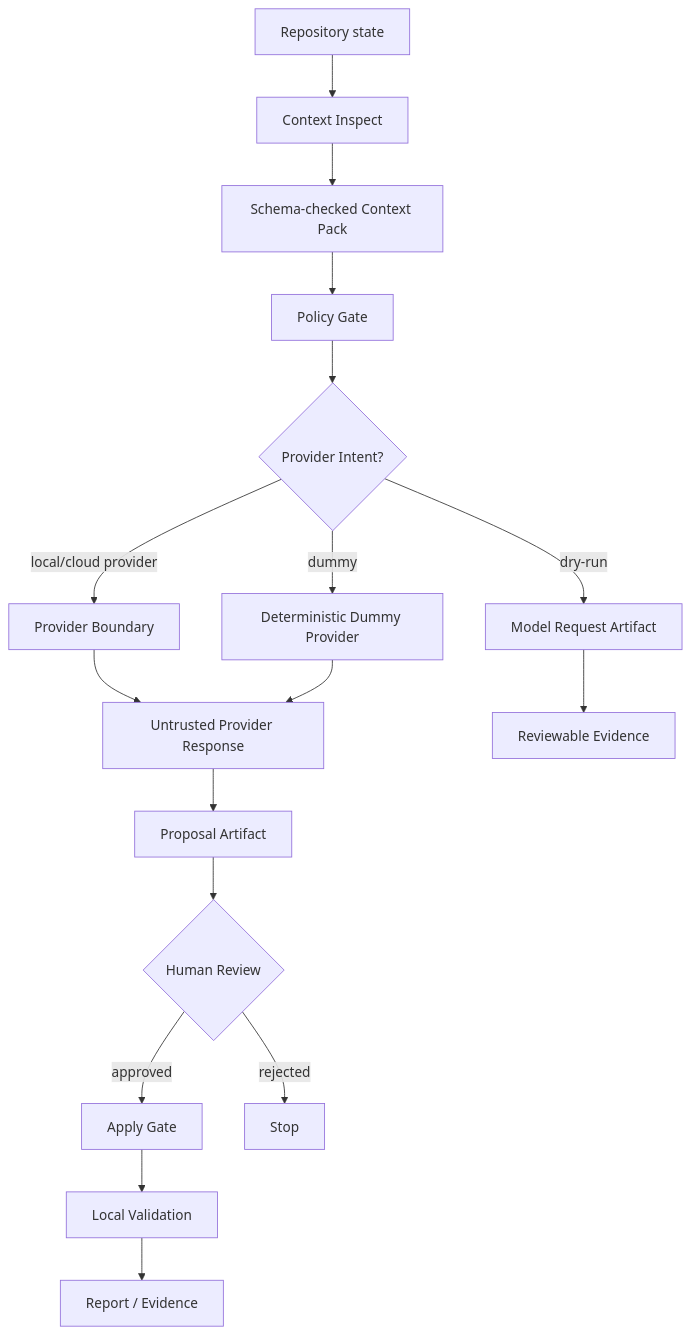
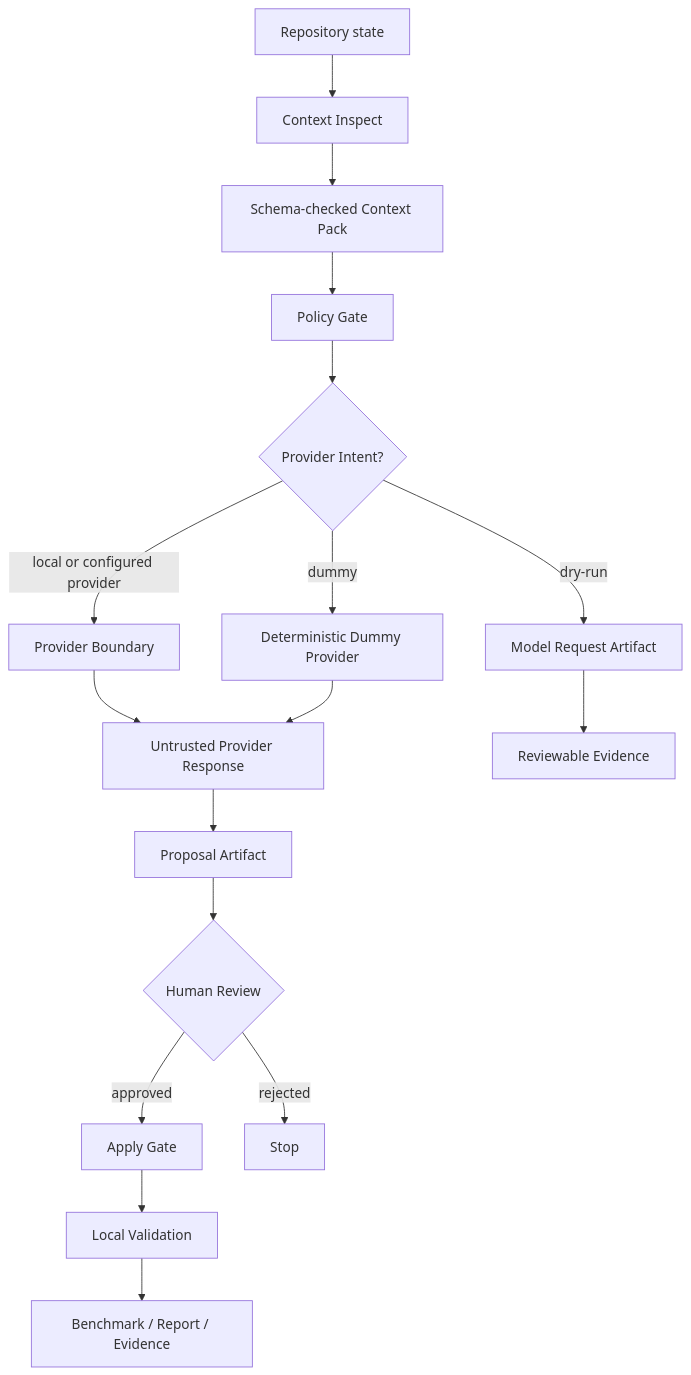
The first of 11 diagrams in README.md (ProfRandom92/comptext-cli), drawn with Mermaid before and after one commit. The commit also changed other lines of this file, not shown here.

````diff
--- a/README.md
+++ b/README.md
@@ -19,19 +19,19 @@
 ```mermaid
 flowchart TD
     A[Repository state] --> B[Context Inspect]
     B --> C[Schema-checked Context Pack]
     C --> D[Policy Gate]
     D --> E{Provider Intent?}
     E -->|dry-run| F[Model Request Artifact]
     E -->|dummy| G[Deterministic Dummy Provider]
-    E -->|local/cloud provider| H[Provider Boundary]
+    E -->|local or configured provider| H[Provider Boundary]
     H --> I[Untrusted Provider Response]
     G --> I
     F --> J[Reviewable Evidence]
     I --> K[Proposal Artifact]
     K --> L{Human Review}
     L -->|approved| M[Apply Gate]
     L -->|rejected| N[Stop]
     M --> O[Local Validation]
-    O --> P[Report / Evidence]
+    O --> P[Benchmark / Report / Evidence]
 ```
````
